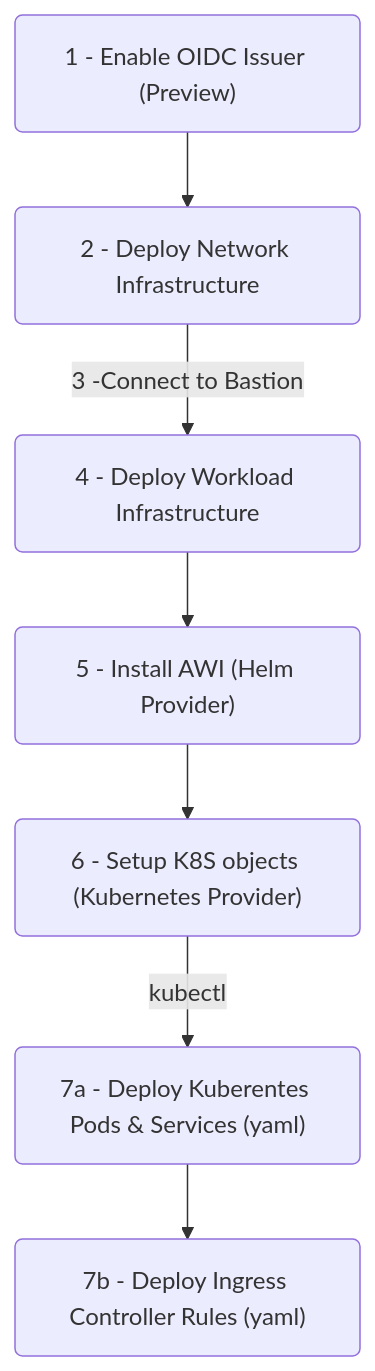
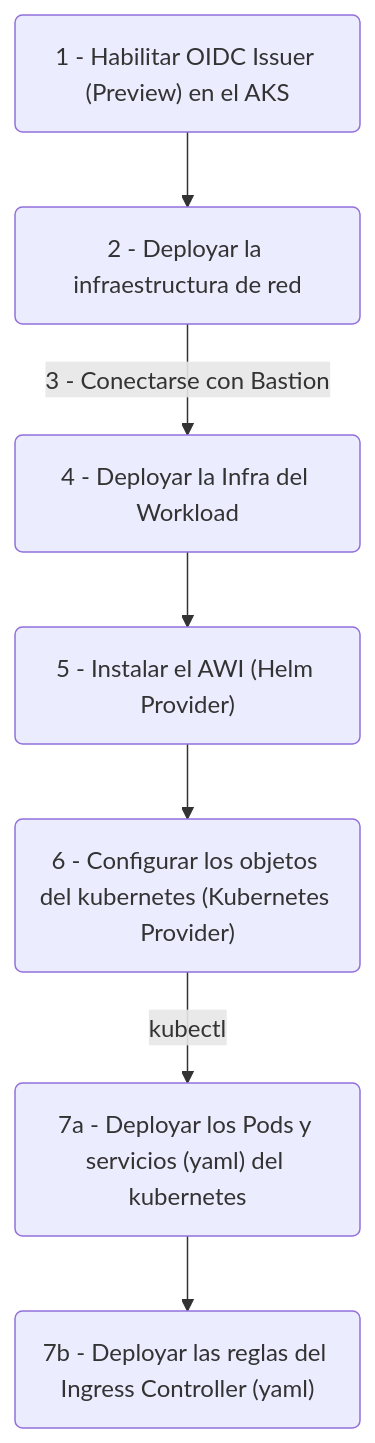
One commit to Javapower77/aks-sofredigital-odi-poc changed the diagram in README.md. Above: the diagram before and after it, drawn with Mermaid. The commit also changed other lines of this file, not shown here.

````diff
--- a/README.md
+++ b/README.md
@@ -25,10 +24,10 @@
 ```mermaid
 graph TD
-    oidc("1 - Enable OIDC Issuer (Preview)")
-    oidc --> network(2 - Deploy Network Infrastructure)
-    network -->|3 -Connect to Bastion| workload(4 - Deploy Workload Infrastructure)
-    workload --> awi("5 - Install AWI (Helm Provider)")
-    awi --> kubernetes("6 - Setup K8S objects (Kubernetes Provider)")
-    kubernetes -->|kubectl| pods("7a - Deploy Kuberentes Pods & Services (yaml)")
-    pods --> ingress("7b - Deploy Ingress Controller Rules (yaml)")
+    oidc("1 - Habilitar OIDC Issuer (Preview) en el AKS")
+    oidc --> network(2 - Deployar la infraestructura de red)
+    network -->|3 - Conectarse con Bastion| workload(4 - Deployar la Infra del Workload)
+    workload --> awi("5 - Instalar el AWI (Helm Provider)")
+    awi --> kubernetes("6 - Configurar los objetos del kubernetes (Kubernetes Provider)")
+    kubernetes -->|kubectl| pods("7a - Deployar los Pods y servicios (yaml) del kubernetes")
+    pods --> ingress("7b - Deployar las reglas del Ingress Controller (yaml)")
 ```
````
